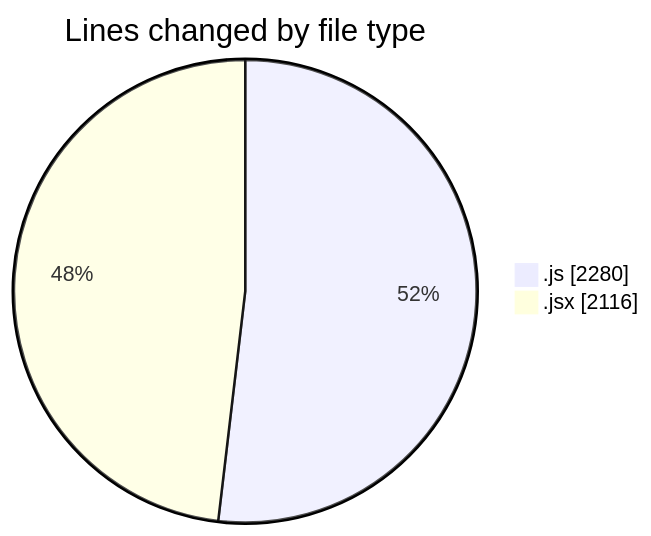
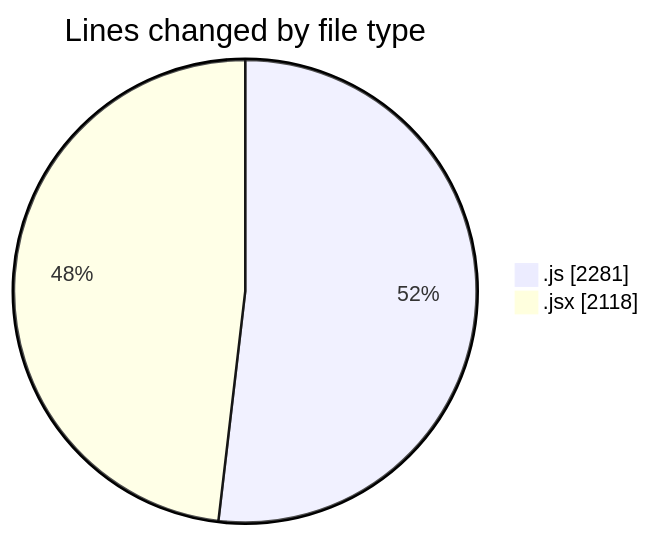
The first of 2 diagrams in 2025-09-01/nxtqube_webapp/README.md (nxtqubesakshisongat/code-tracking), drawn with Mermaid before and after one commit. The commit also changed other lines of this file and 1 other file, not shown here.

````diff
--- a/2025-09-01/nxtqube_webapp/README.md
+++ b/2025-09-01/nxtqube_webapp/README.md
@@ -25,6 +25,6 @@
 ```mermaid
 pie showData
 title Lines changed by file type
-".js" : 2280
-".jsx" : 2116
+".js" : 2281
+".jsx" : 2118
 ```
````
